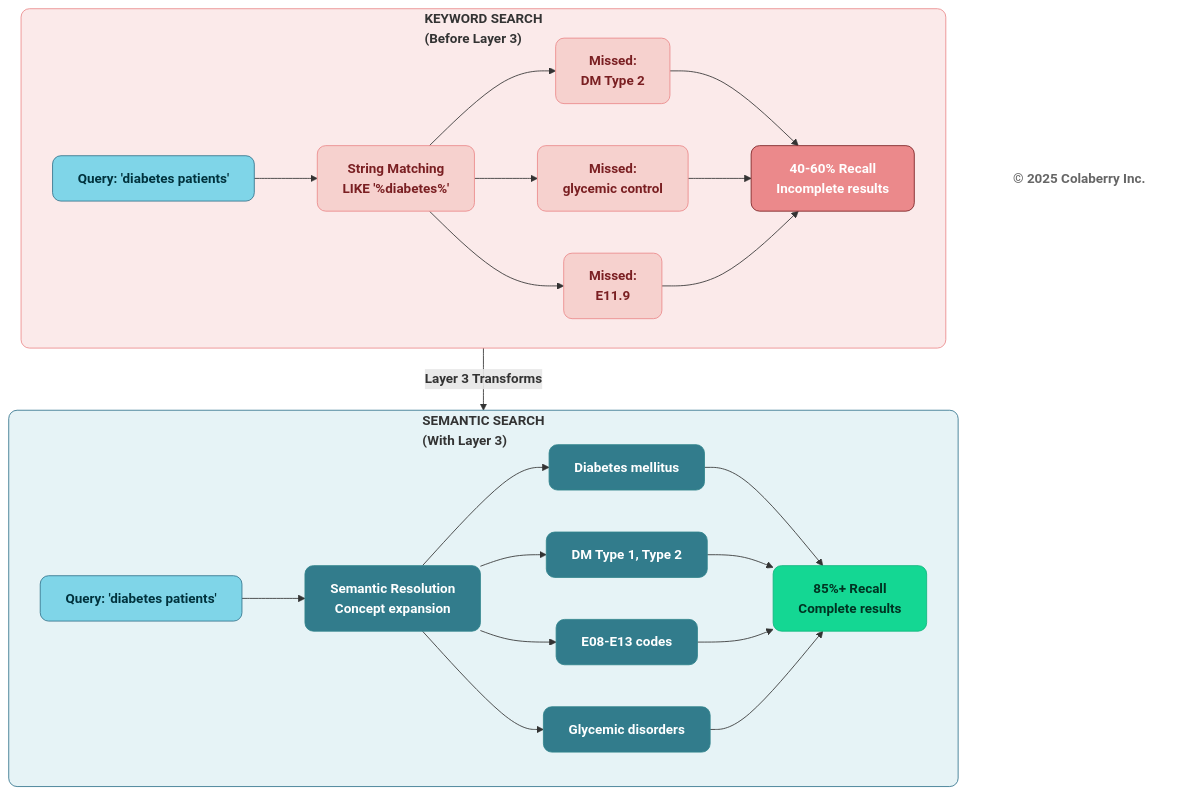
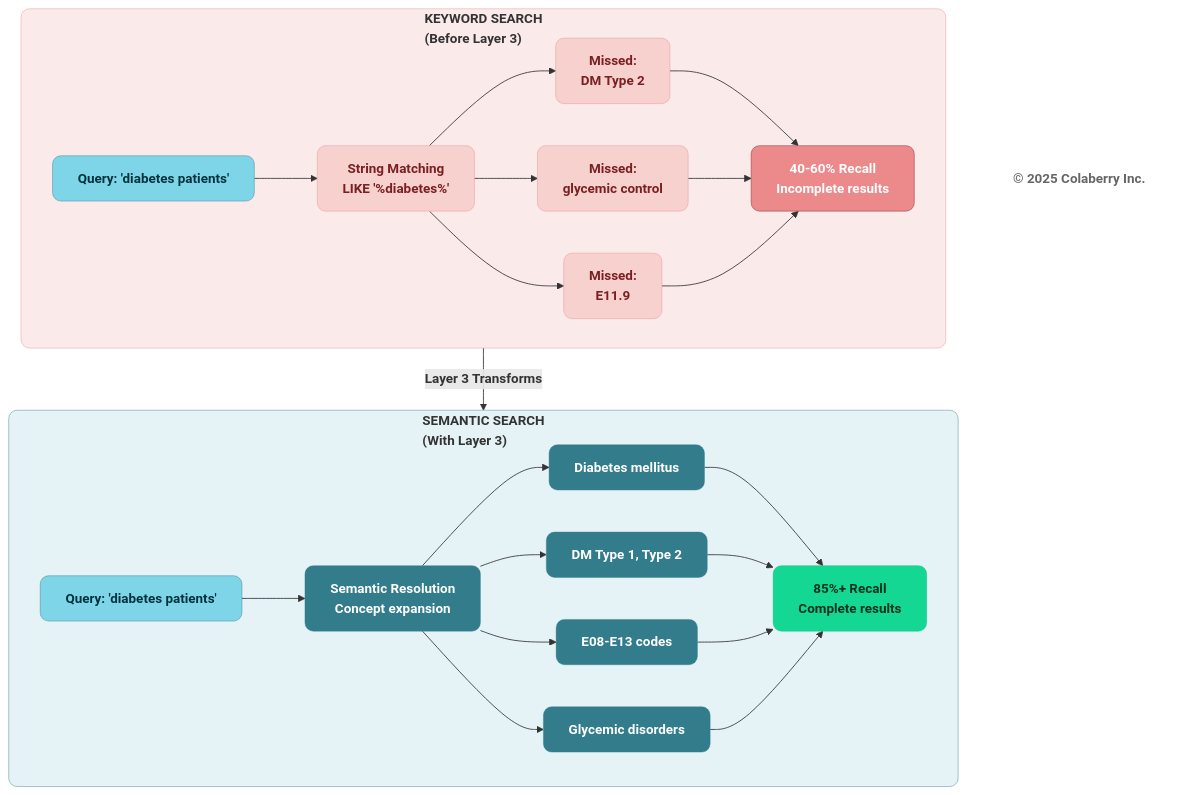
One commit to saitejesh-cyber/trust-before-intelligence-book changed the sixth of 13 diagrams in manuscript/06_chapter_5_intelligence_layers.md. Above: the diagram before and after it, drawn with Mermaid. The commit also changed other lines of this file and 12 other files, not shown here.

Commit message:
Update stroke width to 0.5px instead of 1px to all the diagrams

````diff
--- a/manuscript/06_chapter_5_intelligence_layers.md
+++ b/manuscript/06_chapter_5_intelligence_layers.md
@@ -448,49 +448,49 @@
 ```mermaid
 graph TB
     subgraph KEYWORD["<b>KEYWORD SEARCH<br/> (Before Layer 3)</b>"]
         direction LR
         K_Q["<b>Query: 'diabetes patients'</b>"] --> K_MATCH["<b>String Matching</b><br/><b>LIKE '%diabetes%'</b>"]
         K_MATCH --> K_MISS1["<b>Missed:<br/> DM Type 2</b>"]
         K_MATCH --> K_MISS2["<b>Missed:<br/> glycemic control</b>"]
         K_MATCH --> K_MISS3["<b>Missed:<br/> E11.9</b>"]
         K_MISS1 --> K_RESULT["<b>40-60% Recall</b><br/><b>Incomplete results</b>"]
         K_MISS2 --> K_RESULT
         K_MISS3 --> K_RESULT
     end
     
     KEYWORD -->|<b>Layer 3 Transforms</b>| SEMANTIC
     
     subgraph SEMANTIC["<b>SEMANTIC SEARCH<br/>(With Layer 3)</b>"]
         direction LR
         S_Q["<b>Query: 'diabetes patients'</b>"] --> S_RESOLVE["<b>Semantic Resolution</b><br/><b>Concept expansion</b>"]
         S_RESOLVE --> S_HIT1["<b>Diabetes mellitus</b>"]
         S_RESOLVE --> S_HIT2["<b>DM Type 1, Type 2</b>"]
         S_RESOLVE --> S_HIT3["<b>E08-E13 codes</b>"]
         S_RESOLVE --> S_HIT4["<b>Glycemic disorders</b>"]
         S_HIT1 --> S_RESULT["<b>85%+ Recall</b><br/><b>Complete results</b>"]
         S_HIT2 --> S_RESULT
         S_HIT3 --> S_RESULT
         S_HIT4 --> S_RESULT
     end
     
     Copyright["<b>© 2025 Colaberry Inc.</b>"]
     
-    style KEYWORD fill:#FBEAEA,stroke:#EB898B,stroke-width:1px,rx:10,ry:10
-    style K_Q fill:#7FD5E8,stroke:#32738C,stroke-width:1px,color:#00323D,rx:10,ry:10
-    style K_MATCH fill:#F6D1CE,stroke:#EB898B,stroke-width:1px,color:#7A1F22,rx:10,ry:10
-    style K_MISS1 fill:#F6D1CE,stroke:#EB898B,stroke-width:1px,color:#7A1F22,rx:10,ry:10
-    style K_MISS2 fill:#F6D1CE,stroke:#EB898B,stroke-width:1px,color:#7A1F22,rx:10,ry:10
-    style K_MISS3 fill:#F6D1CE,stroke:#EB898B,stroke-width:1px,color:#7A1F22,rx:10,ry:10
-    style K_RESULT fill:#EB898B,color:#ffffff,stroke:#7A1F22,stroke-width:1px,rx:10,ry:10
+    style KEYWORD fill:#FBEAEA,stroke:#EB898B,stroke-width:0.5px,rx:10,ry:10
+    style K_Q fill:#7FD5E8,stroke:#32738C,stroke-width:0.5px,color:#00323D,rx:10,ry:10
+    style K_MATCH fill:#F6D1CE,stroke:#EB898B,stroke-width:0.5px,color:#7A1F22,rx:10,ry:10
+    style K_MISS1 fill:#F6D1CE,stroke:#EB898B,stroke-width:0.5px,color:#7A1F22,rx:10,ry:10
+    style K_MISS2 fill:#F6D1CE,stroke:#EB898B,stroke-width:0.5px,color:#7A1F22,rx:10,ry:10
+    style K_MISS3 fill:#F6D1CE,stroke:#EB898B,stroke-width:0.5px,color:#7A1F22,rx:10,ry:10
+    style K_RESULT fill:#EB898B,color:#ffffff,stroke:#7A1F22,stroke-width:0.5px,rx:10,ry:10
     
-    style SEMANTIC fill:#E6F3F6,stroke:#32738C,stroke-width:1px,rx:10,ry:10
-    style S_Q fill:#7FD5E8,stroke:#32738C,stroke-width:1px,color:#00323D,rx:10,ry:10
-    style S_RESOLVE fill:#327C8C,stroke:#30838C,stroke-width:1px,color:#ffffff,rx:10,ry:10
-    style S_HIT1 fill:#327C8C,stroke:#30838C,stroke-width:1px,color:#ffffff,rx:10,ry:10
-    style S_HIT2 fill:#327C8C,stroke:#30838C,stroke-width:1px,color:#ffffff,rx:10,ry:10
-    style S_HIT3 fill:#327C8C,stroke:#30838C,stroke-width:1px,color:#ffffff,rx:10,ry:10
-    style S_HIT4 fill:#327C8C,stroke:#30838C,stroke-width:1px,color:#ffffff,rx:10,ry:10
-    style S_RESULT fill:#14D793,color:#003322,stroke:#0FB67D,stroke-width:1px,rx:10,ry:10
+    style SEMANTIC fill:#E6F3F6,stroke:#32738C,stroke-width:0.5px,rx:10,ry:10
+    style S_Q fill:#7FD5E8,stroke:#32738C,stroke-width:0.5px,color:#00323D,rx:10,ry:10
+    style S_RESOLVE fill:#327C8C,stroke:#30838C,stroke-width:0.5px,color:#ffffff,rx:10,ry:10
+    style S_HIT1 fill:#327C8C,stroke:#30838C,stroke-width:0.5px,color:#ffffff,rx:10,ry:10
+    style S_HIT2 fill:#327C8C,stroke:#30838C,stroke-width:0.5px,color:#ffffff,rx:10,ry:10
+    style S_HIT3 fill:#327C8C,stroke:#30838C,stroke-width:0.5px,color:#ffffff,rx:10,ry:10
+    style S_HIT4 fill:#327C8C,stroke:#30838C,stroke-width:0.5px,color:#ffffff,rx:10,ry:10
+    style S_RESULT fill:#14D793,color:#003322,stroke:#0FB67D,stroke-width:0.5px,rx:10,ry:10
     
     style Copyright fill:none,stroke:none,color:#666666
 ```
````
